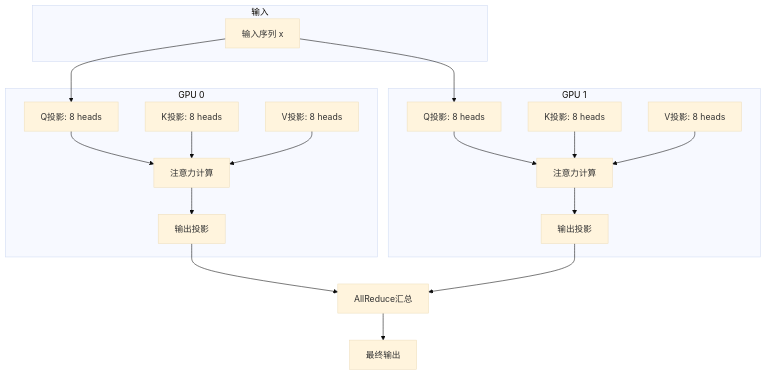
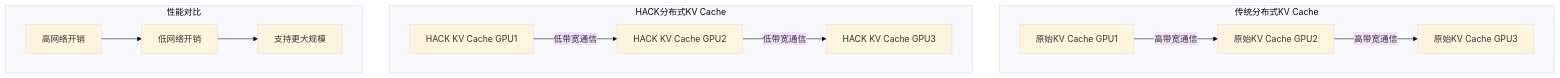
Before and after one commit to Xunzhuo/mini-sglang: the sixth of 9 diagrams in learning/website/docs/basics/19-distributed-inference.md, drawn with Mermaid (base theme). The commit also changed other lines of this file and 9 other files, not shown here.

````diff
--- a/learning/website/docs/basics/19-distributed-inference.md
+++ b/learning/website/docs/basics/19-distributed-inference.md
@@ -131,36 +278,17 @@
 ```mermaid
 graph TB
-    subgraph 输入
-        X[输入序列 x]
+    subgraph "传统分布式KV Cache"
+        KV1[原始KV Cache GPU1] --> |高带宽通信| KV2[原始KV Cache GPU2]
+        KV2 --> |高带宽通信| KV3[原始KV Cache GPU3]
     end
     
-    subgraph GPU 0
-        Q0[Q投影: 8 heads]
-        K0[K投影: 8 heads]
-        V0[V投影: 8 heads]
-        A0[注意力计算]
-        O0[输出投影]
+    subgraph "HACK分布式KV Cache"
+        HKV1[HACK KV Cache GPU1] --> |低带宽通信| HKV2[HACK KV Cache GPU2]
+        HKV2 --> |低带宽通信| HKV3[HACK KV Cache GPU3]
     end
     
-    subgraph GPU 1
-        Q1[Q投影: 8 heads]
-        K1[K投影: 8 heads]
-        V1[V投影: 8 heads]
-        A1[注意力计算]
-        O1[输出投影]
+    subgraph "性能对比"
+        High[高网络开销] --> Low[低网络开销]
+        Low --> Scale[支持更大规模]
     end
-    
-    X --> Q0
-    X --> Q1
-    Q0 --> A0
-    K0 --> A0
-    V0 --> A0
-    Q1 --> A1
-    K1 --> A1
-    V1 --> A1
-    A0 --> O0
-    A1 --> O1
-    O0 --> AR[AllReduce汇总]
-    O1 --> AR
-    AR --> Out[最终输出]
 ```
````
